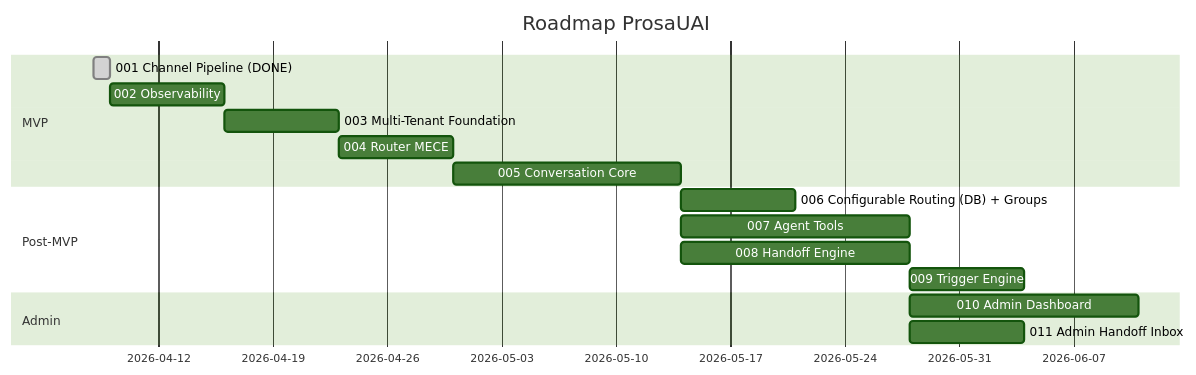
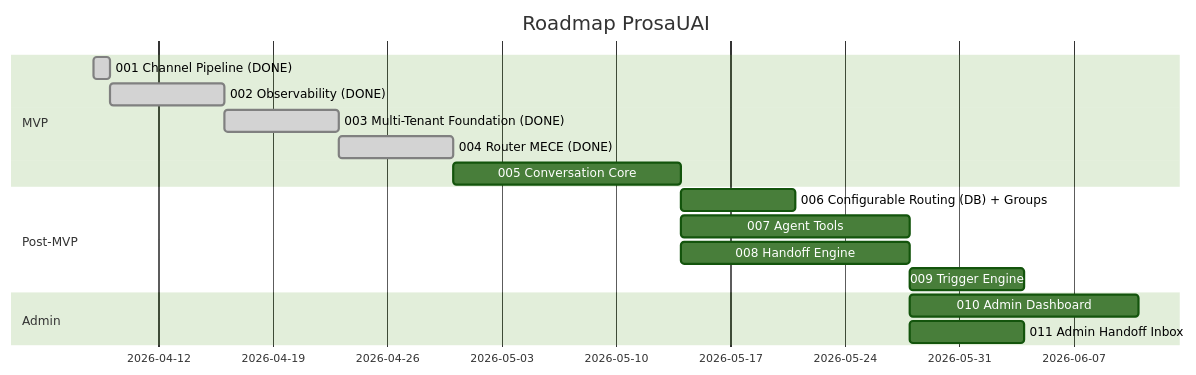
One commit to paceautomations/madruga.ai changed the first of 2 diagrams in platforms/prosauai/planning/roadmap.md. Above: the diagram before and after it, drawn with Mermaid (forest theme). The commit also changed other lines of this file and 9 other files, not shown here.

````diff
--- a/platforms/prosauai/planning/roadmap.md
+++ b/platforms/prosauai/planning/roadmap.md
@@ -32,19 +32,19 @@
 ```mermaid
 gantt
     title Roadmap ProsaUAI
     dateFormat YYYY-MM-DD
     section MVP
     001 Channel Pipeline (DONE)   :done, a1, 2026-04-08, 1d
-    002 Observability              :a2, after a1, 1w
-    003 Multi-Tenant Foundation    :a3, after a2, 1w
-    004 Router MECE                :a4, after a3, 1w
+    002 Observability (DONE)       :done, a2, after a1, 1w
+    003 Multi-Tenant Foundation (DONE) :done, a3, after a2, 1w
+    004 Router MECE (DONE)         :done, a4, after a3, 1w
     005 Conversation Core          :a5, after a4, 2w
     section Post-MVP
     006 Configurable Routing (DB) + Groups :a6, after a5, 1w
     007 Agent Tools         :a7, after a5, 2w
     008 Handoff Engine      :a8, after a5, 2w
     009 Trigger Engine      :a9, after a8, 1w
     section Admin
     010 Admin Dashboard     :a10, after a7, 2w
     011 Admin Handoff Inbox :a11, after a8, 1w
 ```
````
